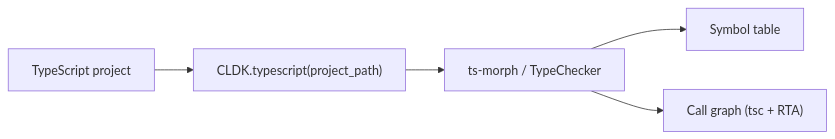
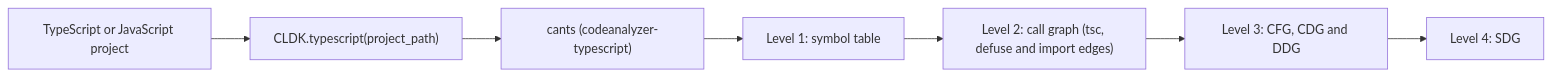
The diagram in src/content/docs/reference/python-api/typescript.md (codellm-devkit/docs), drawn with Mermaid before and after one commit. The commit also changed other lines of this file and 6 other files, not shown here.

````diff
--- a/src/content/docs/reference/python-api/typescript.md
+++ b/src/content/docs/reference/python-api/typescript.md
@@ -21,7 +22,9 @@
 ```mermaid
 flowchart LR
-    T[TypeScript project] --> A["CLDK.typescript(project_path)"]
-    A --> M[ts-morph / TypeChecker]
-    M --> S[Symbol table]
-    M --> CG["Call graph (tsc + RTA)"]
+    P[TypeScript or JavaScript project] --> A["CLDK.typescript(project_path)"]
+    A --> C["cants (codeanalyzer-typescript)"]
+    C --> S["Level 1: symbol table"]
+    S --> CG["Level 2: call graph (tsc, defuse and import edges)"]
+    CG --> D["Level 3: CFG, CDG and DDG"]
+    D --> SDG["Level 4: SDG"]
 ```
````
